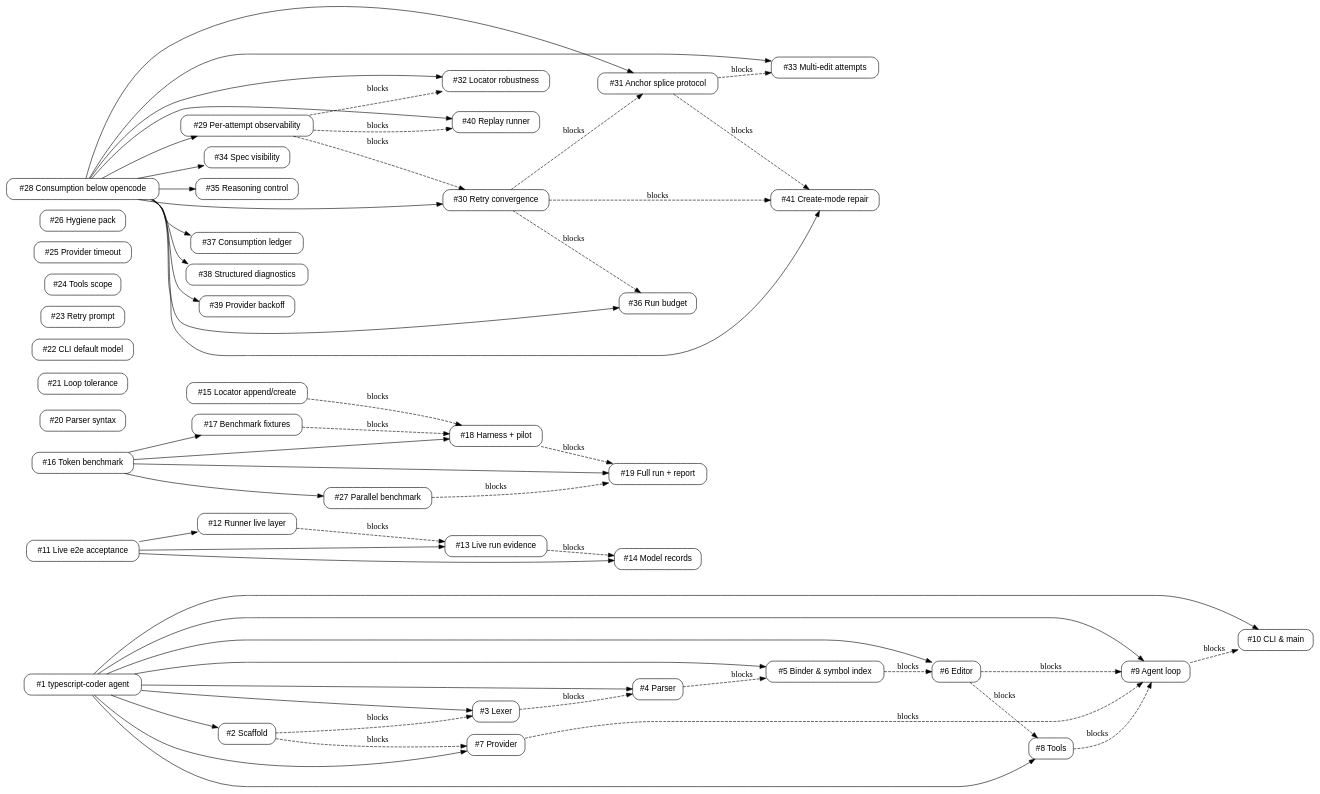
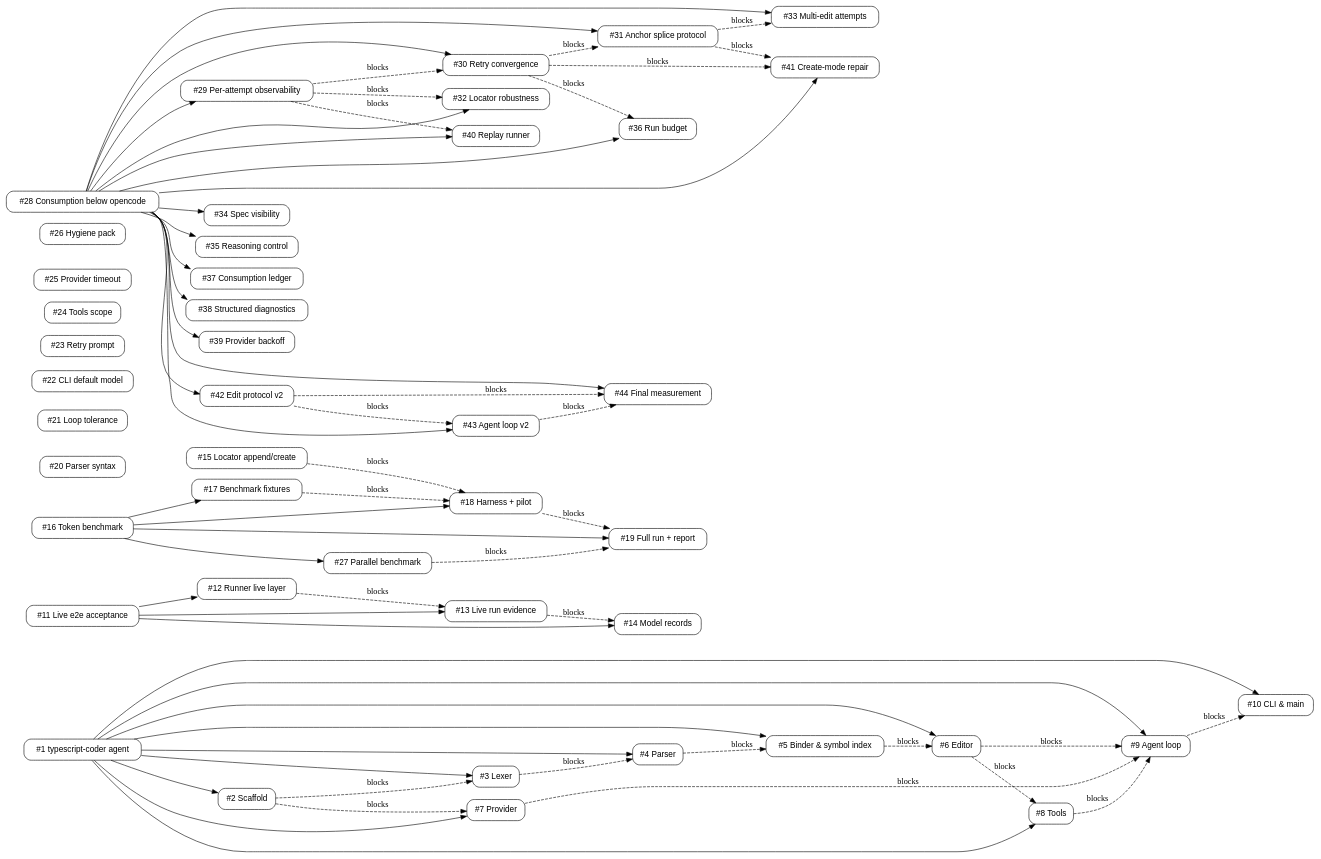
One commit to illusory0x0/typescript-coder changed the diagram in issues/readme.md. Above: the diagram before and after it, drawn with Graphviz. The commit also changed 7 other files, not shown here.

````diff
--- a/issues/readme.md
+++ b/issues/readme.md
@@ -51,6 +51,9 @@
   "39" [label="#39 Provider backoff"];
   "40" [label="#40 Replay runner"];
   "41" [label="#41 Create-mode repair"];
+  "42" [label="#42 Edit protocol v2"];
+  "43" [label="#43 Agent loop v2"];
+  "44" [label="#44 Final measurement"];
 
   // tree edges (parent -> child), solid
   "1" -> "2";
@@ -82,6 +85,9 @@
   "28" -> "39";
   "28" -> "40";
   "28" -> "41";
+  "28" -> "42";
+  "28" -> "43";
+  "28" -> "44";
 
   // dependency edges (blocker -> blocked), dashed
   "2" -> "3" [style=dashed, label="blocks"];
@@ -108,5 +114,8 @@
   "30" -> "41" [style=dashed, label="blocks"];
   "31" -> "33" [style=dashed, label="blocks"];
   "31" -> "41" [style=dashed, label="blocks"];
+  "42" -> "43" [style=dashed, label="blocks"];
+  "42" -> "44" [style=dashed, label="blocks"];
+  "43" -> "44" [style=dashed, label="blocks"];
 }
 ```
````
